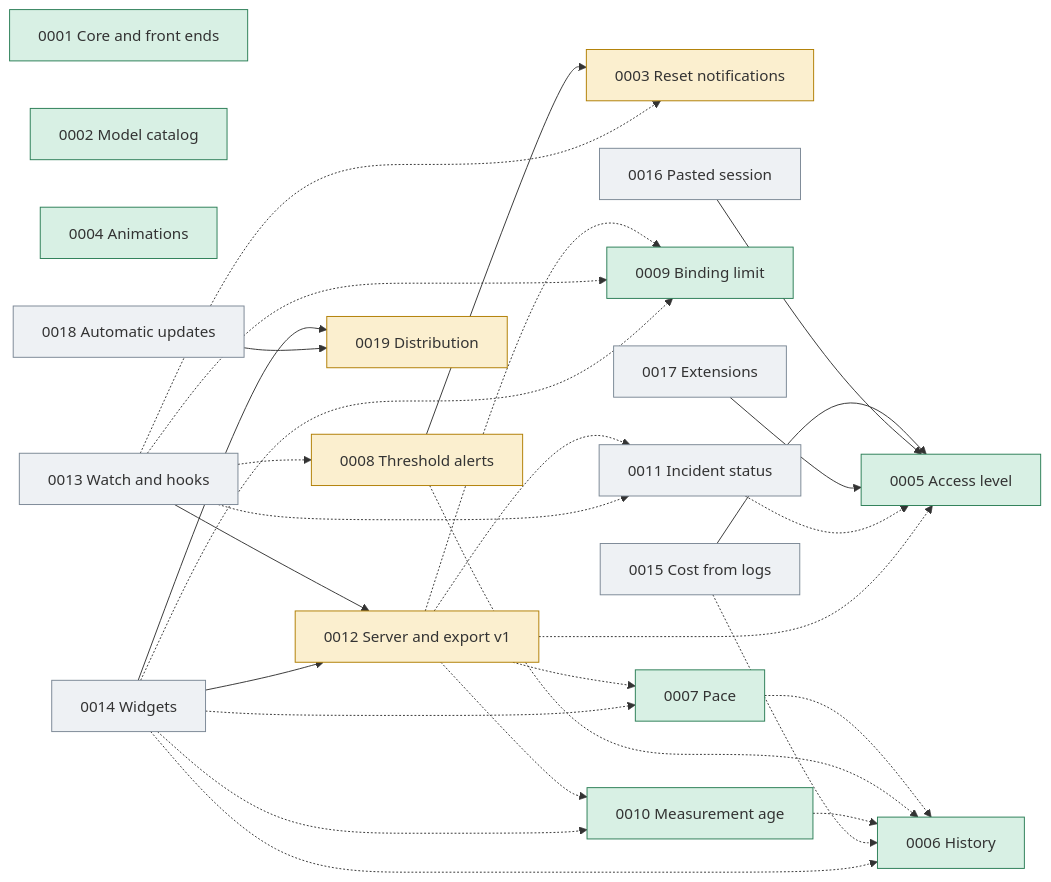
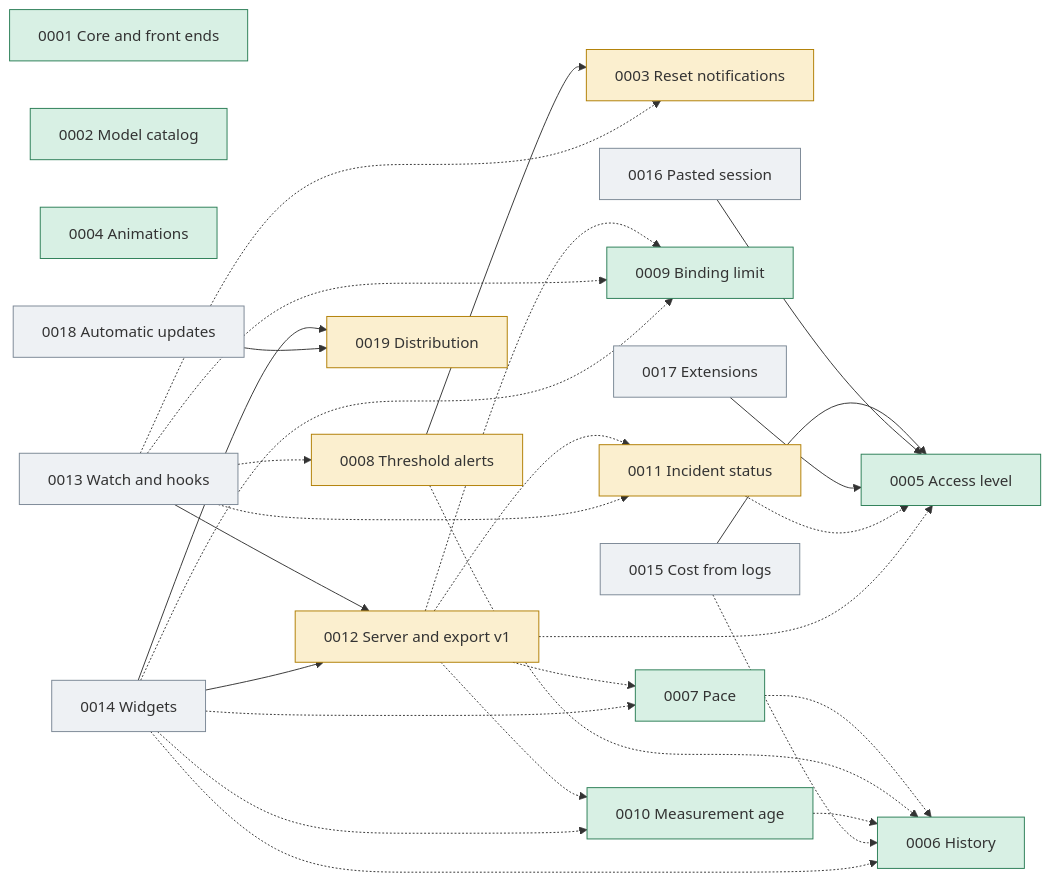
One commit to jmarcon/cuotai changed the diagram in docs/plans/0000_control.md. Above: the diagram before and after it, drawn with Mermaid. The commit also changed other lines of this file and 28 other files, not shown here.

````diff
--- a/docs/plans/0000_control.md
+++ b/docs/plans/0000_control.md
@@ -98,54 +99,54 @@
 ```mermaid
 graph LR
   classDef done fill:#d8f0e4,stroke:#2a7d55
   classDef wip fill:#fbefcf,stroke:#b07d00
   classDef todo fill:#eef1f4,stroke:#7a8794
 
   P1["0001 Core and front ends"]:::done
   P2["0002 Model catalog"]:::done
   P3["0003 Reset notifications"]:::wip
   P4["0004 Animations"]:::done
   P5["0005 Access level"]:::done
   P6["0006 History"]:::done
   P7["0007 Pace"]:::done
   P8["0008 Threshold alerts"]:::wip
   P9["0009 Binding limit"]:::done
   P10["0010 Measurement age"]:::done
-  P11["0011 Incident status"]:::todo
+  P11["0011 Incident status"]:::wip
   P12["0012 Server and export v1"]:::wip
   P13["0013 Watch and hooks"]:::todo
   P14["0014 Widgets"]:::todo
   P15["0015 Cost from logs"]:::todo
   P16["0016 Pasted session"]:::todo
   P17["0017 Extensions"]:::todo
   P18["0018 Automatic updates"]:::todo
   P19["0019 Distribution"]:::wip
 
   P8 --> P3
   P13 --> P12
   P14 --> P12
   P14 --> P19
   P15 --> P5
   P16 --> P5
   P17 --> P5
   P18 --> P19
 
   P7 -.-> P6
   P8 -.-> P6
   P10 -.-> P6
   P11 -.-> P5
   P15 -.-> P6
   P12 -.-> P5
   P12 -.-> P7
   P12 -.-> P9
   P12 -.-> P10
   P12 -.-> P11
   P13 -.-> P3
   P13 -.-> P8
   P13 -.-> P9
   P13 -.-> P11
   P14 -.-> P6
   P14 -.-> P7
   P14 -.-> P9
   P14 -.-> P10
 ```
````
